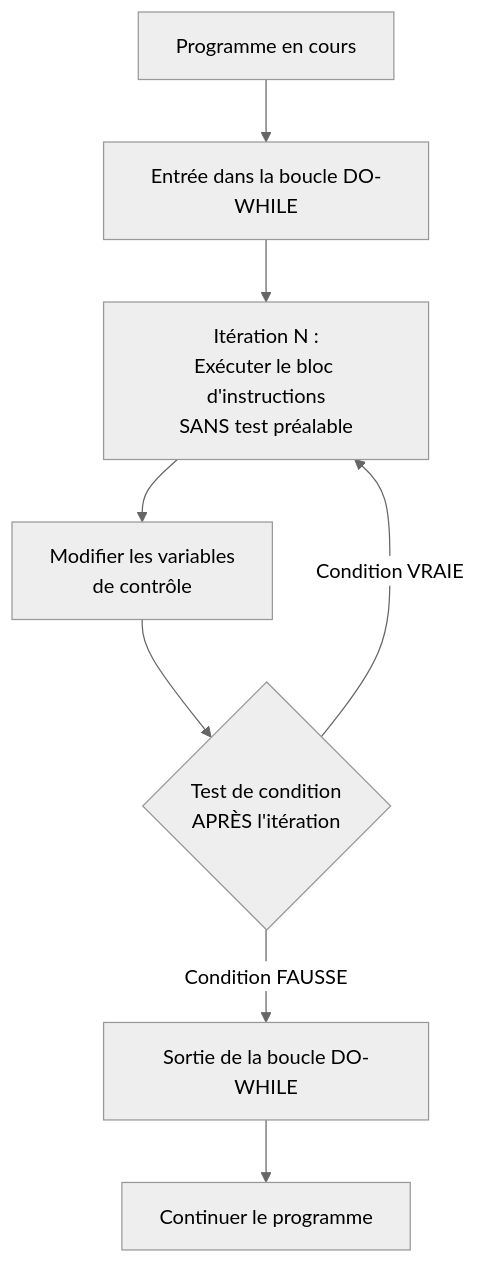
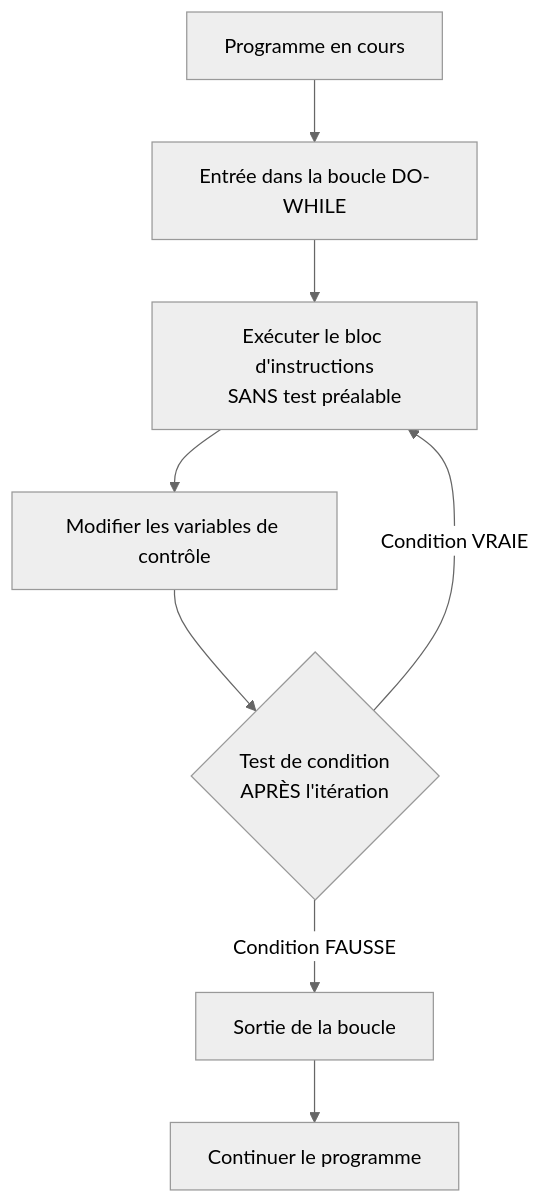
The third of 5 diagrams in docs/bases/fondamentaux/structure-iteratives.md (zyrass/omnydocs), drawn with Mermaid (neutral theme) before and after one commit. The commit also changed other lines of this file and 43 other files, not shown here.

````diff
--- a/docs/bases/fondamentaux/structure-iteratives.md
+++ b/docs/bases/fondamentaux/structure-iteratives.md
@@ -262,10 +283,10 @@
 ```mermaid
-graph TD
-    A[Programme en cours] --> B[Entrée dans la boucle DO-WHILE]
-    B --> C[Itération N :<br/>Exécuter le bloc d'instructions<br/>SANS test préalable]
-    C --> D[Modifier les variables<br/>de contrôle]
-    D --> E{Test de condition<br/>APRÈS l'itération}
-    E -->|Condition VRAIE| C
-    E -->|Condition FAUSSE| F[Sortie de la boucle DO-WHILE]
-    F --> G[Continuer le programme]
+flowchart TD
+  A["Programme en cours"] --> B["Entrée dans la boucle DO-WHILE"]
+  B --> C["Exécuter le bloc d'instructions<br />SANS test préalable"]
+  C --> D["Modifier les variables de contrôle"]
+  D --> E{"Test de condition<br />APRÈS l'itération"}
+  E -->|"Condition VRAIE"| C
+  E -->|"Condition FAUSSE"| F["Sortie de la boucle"]
+  F --> G["Continuer le programme"]
 ```
````
